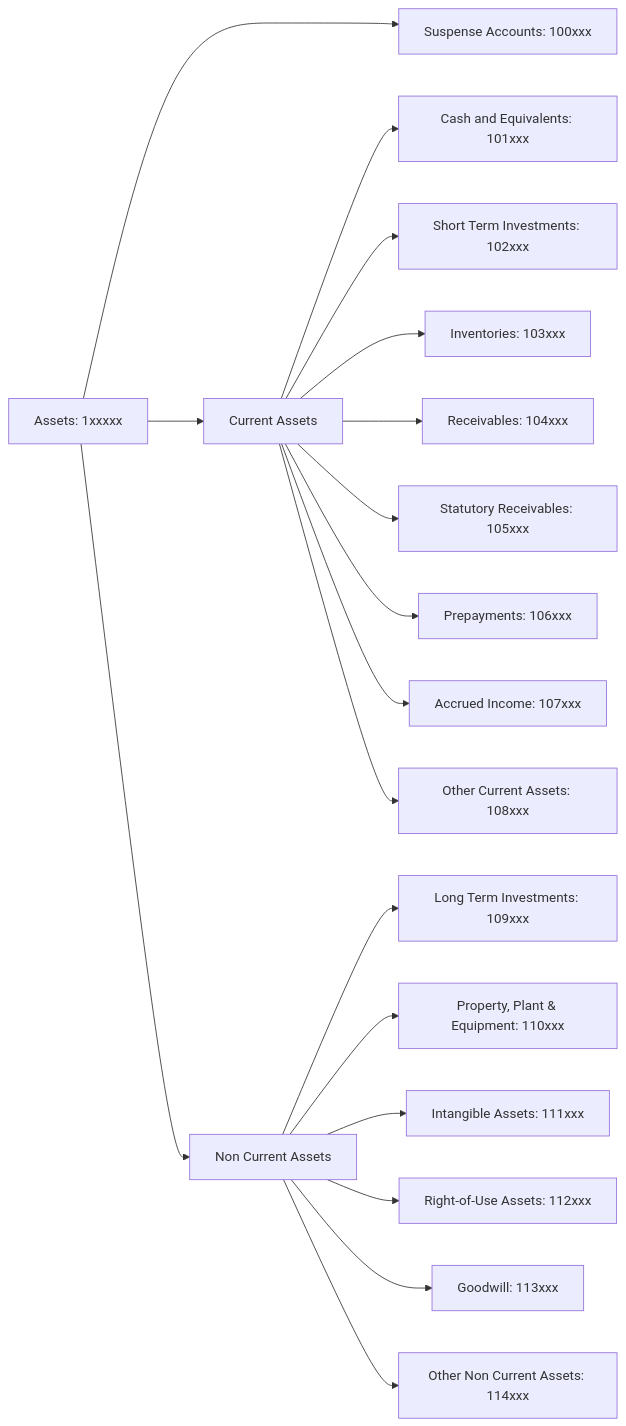
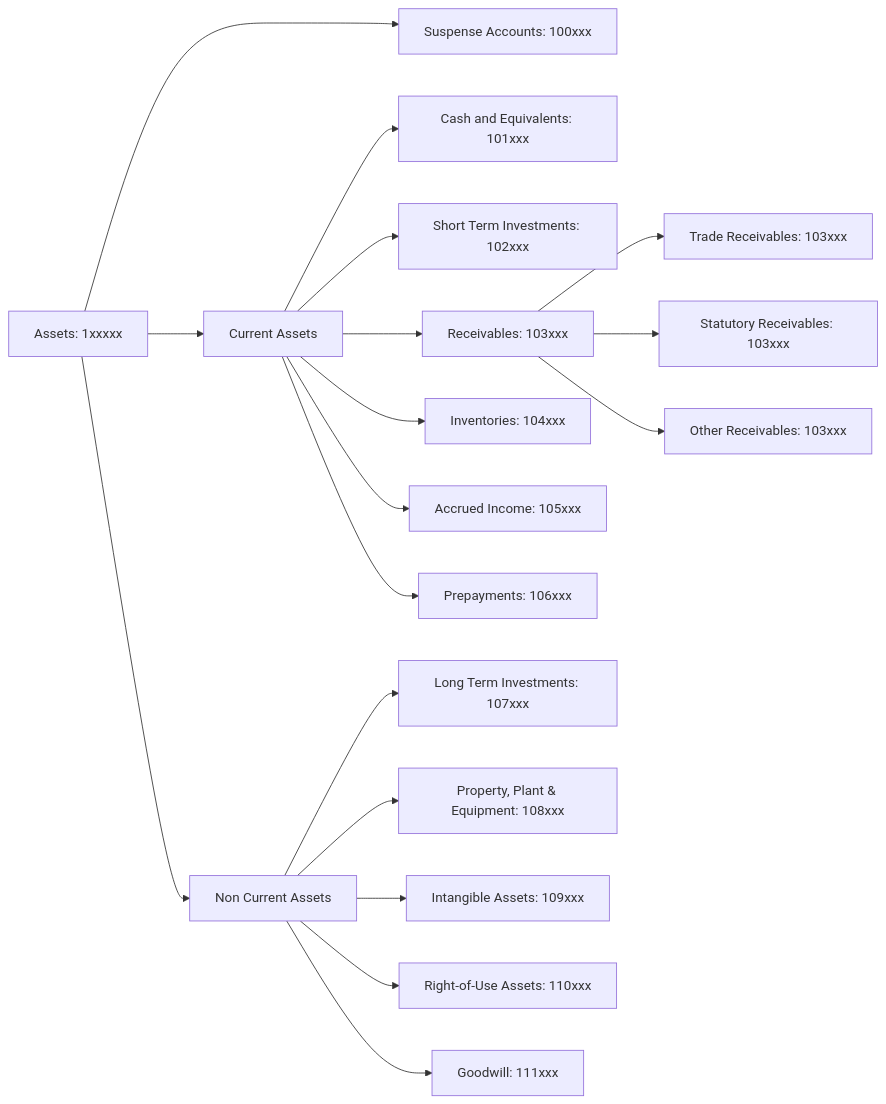
The diagram in src/domain/accounting/__doc__/assets/coa-assets.mermaid (oosahon/ledgernova-core), drawn with Mermaid before and after one commit. The commit also changed other lines of this file and 6 other files, not shown here.

```diff
--- a/src/domain/accounting/__doc__/assets/coa-assets.mermaid
+++ b/src/domain/accounting/__doc__/assets/coa-assets.mermaid
@@ -1,23 +1,25 @@
 flowchart LR
     Assets["Assets: 1xxxxx"] --> SuspenseAccounts & CAssets & NCAssets
 
     SuspenseAccounts["Suspense Accounts: 100xxx"]
     CAssets["Current Assets"]  
         CAssets --> Cash["Cash and Equivalents: 101xxx"]
         CAssets --> STInvestments["Short Term Investments: 102xxx"]
-        CAssets --> Inventories["Inventories: 103xxx"]
-        CAssets --> Receivables["Receivables: 104xxx"]
-        CAssets --> StatutoryReceivables["Statutory Receivables: 105xxx"]
+        CAssets --> Receivables["Receivables: 103xxx"] 
+            Receivables --> TradeReceivables["Trade Receivables: 103xxx"]
+            Receivables --> StatutoryReceivables["Statutory Receivables: 103xxx"]
+            Receivables --> OtherReceivables["Other Receivables: 103xxx"]
+            
+        CAssets --> Inventories["Inventories: 104xxx"]
+        CAssets --> AccruedIncome["Accrued Income: 105xxx"]
         CAssets --> Prepayments["Prepayments: 106xxx"]
-        CAssets --> AccruedIncome["Accrued Income: 107xxx"]
-        CAssets --> OtherCurrentAssets["Other Current Assets: 108xxx"]
+
     CAssets ~~~ SuspenseAccounts
       
 
     NCAssets["Non Current Assets"]
-        NCAssets --> LTInvestments["Long Term Investments: 109xxx"]
-        NCAssets --> PPE["Property, Plant & Equipment: 110xxx"]
-        NCAssets --> IntangibleAssets["Intangible Assets: 111xxx"]
-        NCAssets --> ROU["Right-of-Use Assets: 112xxx"]
-        NCAssets --> Goodwill["Goodwill: 113xxx"]
-        NCAssets --> OtherNonCurrentAssets["Other Non Current Assets: 114xxx"]
+        NCAssets --> LTInvestments["Long Term Investments: 107xxx"]
+        NCAssets --> PPE["Property, Plant & Equipment: 108xxx"]
+        NCAssets --> IntangibleAssets["Intangible Assets: 109xxx"]
+        NCAssets --> ROU["Right-of-Use Assets: 110xxx"]
+        NCAssets --> Goodwill["Goodwill: 111xxx"]
```
